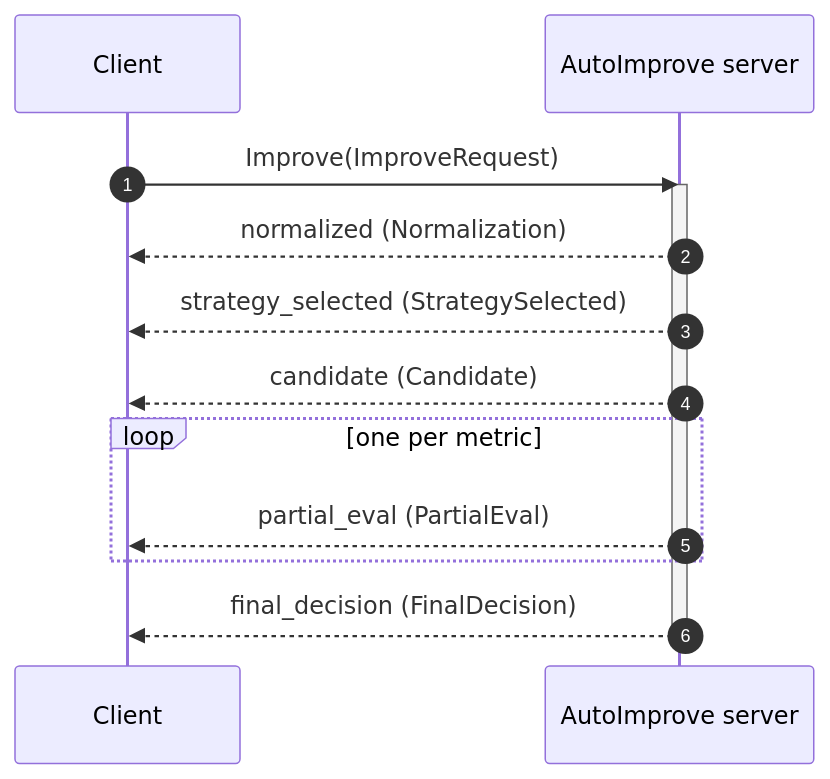
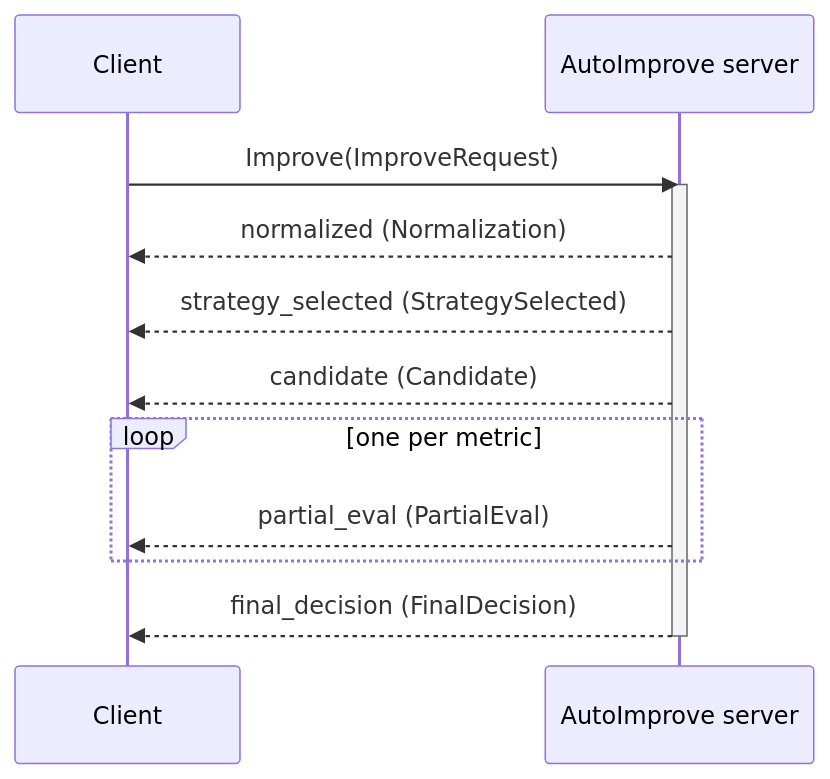
One commit to benzlokzik/prompt-autoimprove changed the diagram in docs/grpc.md. Above: the diagram before and after it, drawn with Mermaid. The commit also changed 2 other files, not shown here.

Commit message:
fix(docs): drop mermaid autonumber badges and simplify diagram theming
The autonumber sequence badges rendered as faint numbers on pale circles, the one genuinely low-contrast element. Remove them (the steps are already ordered and labeled) and keep only the diagram-text foreground rule, since the guessed actor/line selectors did not match mermaid's DOM.

````diff
--- a/docs/grpc.md
+++ b/docs/grpc.md
@@ -53,16 +53,15 @@
 ```mermaid
 sequenceDiagram
-    autonumber
     participant C as Client
     participant S as AutoImprove server
     C->>S: Improve(ImproveRequest)
     activate S
     S-->>C: normalized (Normalization)
     S-->>C: strategy_selected (StrategySelected)
     S-->>C: candidate (Candidate)
     loop one per metric
         S-->>C: partial_eval (PartialEval)
     end
     S-->>C: final_decision (FinalDecision)
     deactivate S
 ```
````
